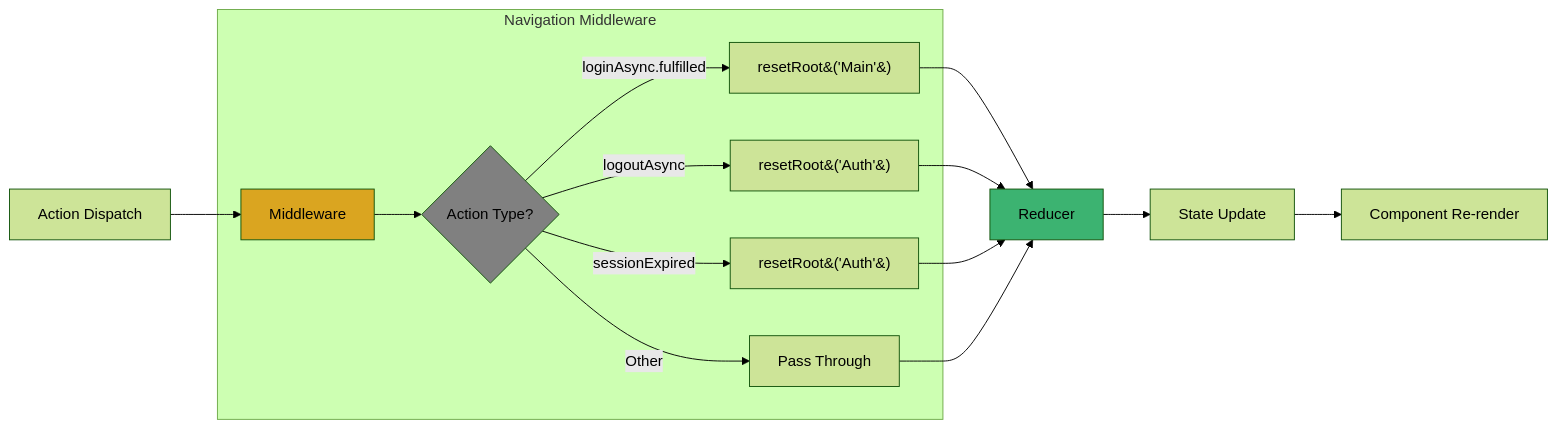
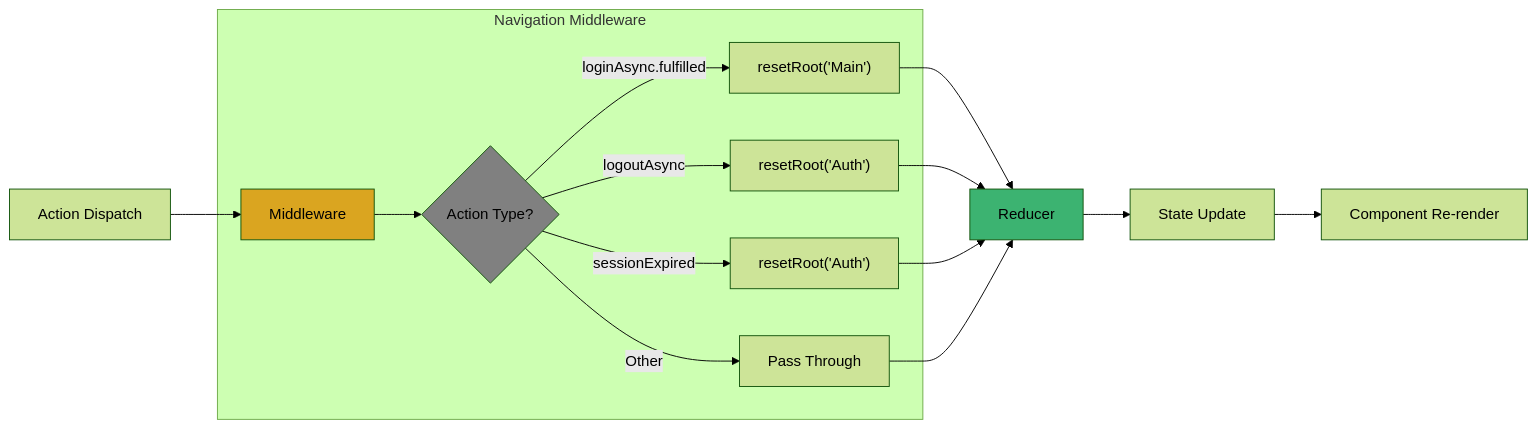
Before and after one commit to KalGookSoo/react-native-guide: the third of 5 diagrams in chapters/03-3_navigation_redux_integration.md, drawn with Mermaid (forest theme). The commit also changed other lines of this file, not shown here.

First line of the commit message:
docs: Mermaid 다이어그램 이스케이프 코드 수정

````diff
--- a/chapters/03-3_navigation_redux_integration.md
+++ b/chapters/03-3_navigation_redux_integration.md
@@ -408,24 +408,24 @@
 ```mermaid
 graph LR
     A[Action Dispatch] --> B[Middleware]
 
     subgraph "Navigation Middleware"
         B --> C{Action Type?}
-        C -->|loginAsync.fulfilled| D[resetRoot&#40;'Main'&#41;]
-        C -->|logoutAsync| E[resetRoot&#40;'Auth'&#41;]
-        C -->|sessionExpired| F[resetRoot&#40;'Auth'&#41;]
+        C -->|loginAsync.fulfilled| D[resetRoot#40;'Main'#41;]
+        C -->|logoutAsync| E[resetRoot#40;'Auth'#41;]
+        C -->|sessionExpired| F[resetRoot#40;'Auth'#41;]
         C -->|Other| G[Pass Through]
     end
 
     D --> H[Reducer]
     E --> H
     F --> H
     G --> H
 
     H --> I[State Update]
     I --> J[Component Re-render]
 
     style B fill:#daa520
     style C fill:#808080
     style H fill:#3cb371
 ```
````
